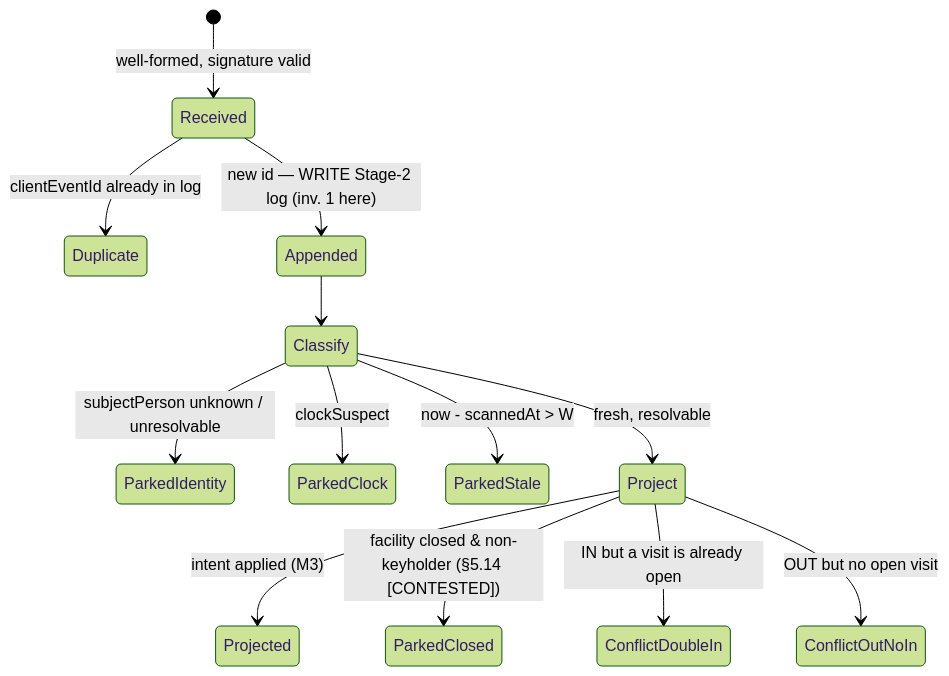
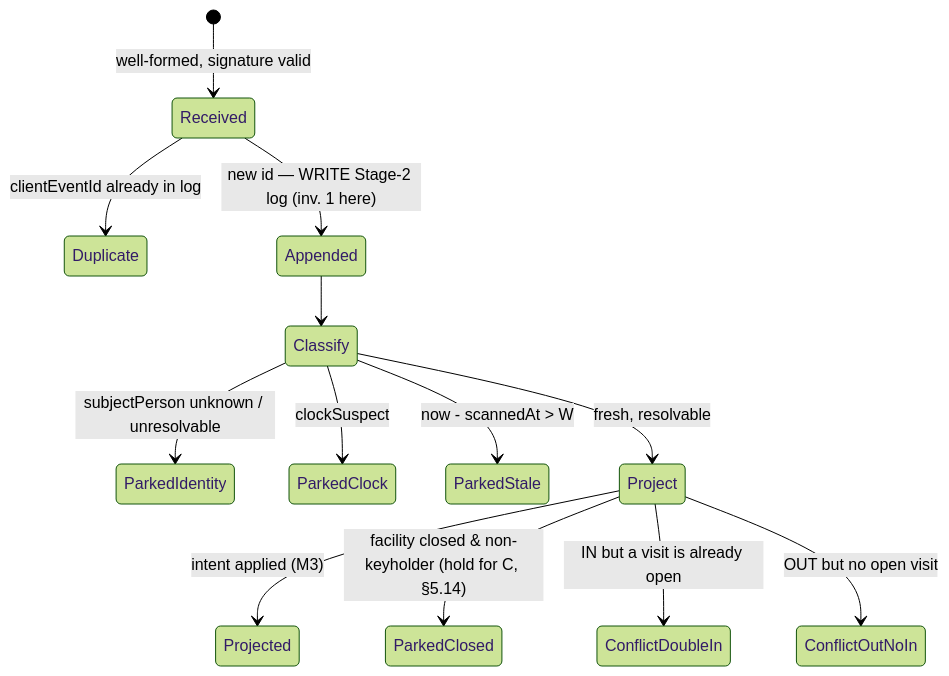
One commit to innovationtreehouse/checkin changed the fourth of 5 diagrams in docs/designs/KIOSK_RESILIENCE.md. Above: the diagram before and after it, drawn with Mermaid (forest theme). The commit also changed other lines of this file, not shown here.

````diff
--- a/docs/designs/KIOSK_RESILIENCE.md
+++ b/docs/designs/KIOSK_RESILIENCE.md
@@ -1219,15 +1090,15 @@
 ```mermaid
 stateDiagram-v2
     [*] --> Received: well-formed, signature valid
     Received --> Duplicate: clientEventId already in log
     Received --> Appended: new id — WRITE Stage-2 log (inv. 1 here)
     Appended --> Classify
     Classify --> ParkedIdentity: subjectPerson unknown / unresolvable
     Classify --> ParkedClock: clockSuspect
     Classify --> ParkedStale: now - scannedAt > W
     Classify --> Project: fresh, resolvable
     Project --> Projected: intent applied (M3)
-    Project --> ParkedClosed: facility closed & non-keyholder (§5.14 [CONTESTED])
+    Project --> ParkedClosed: facility closed & non-keyholder (hold for C, §5.14)
     Project --> ConflictDoubleIn: IN but a visit is already open
     Project --> ConflictOutNoIn: OUT but no open visit
 ```
````
